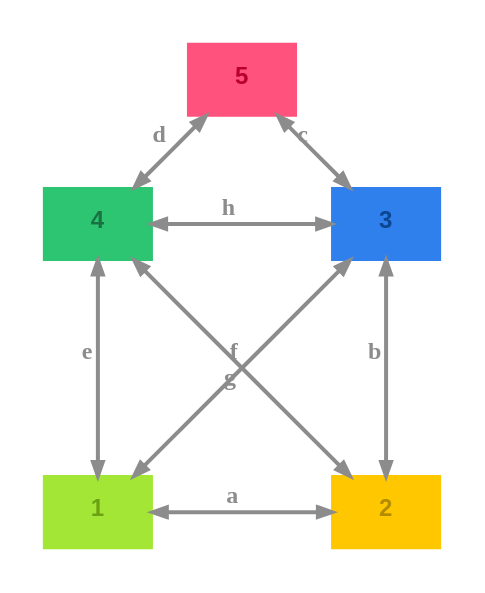
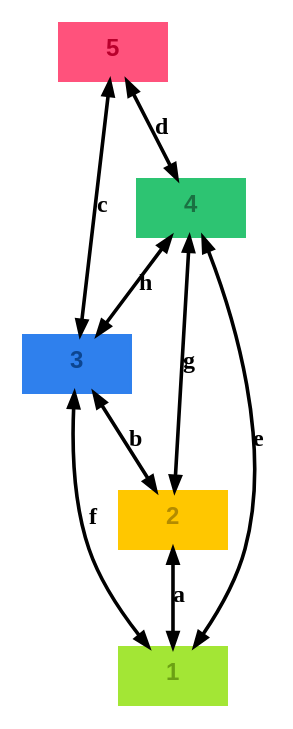
Before and after one commit to m-bock/purescript-transit: the diagram in renders/house-santa-claus_graph-light.dot, drawn with Graphviz. The commit also changed 41 other files, not shown here.

Commit message:
Enhance Graphviz integration and update tutorial examples; modify rendering options for various themes, improve state diagram generation for DoorPin and Bridges of Königsberg, and refine documentation for clarity and consistency across examples.

```diff
--- a/renders/house-santa-claus_graph-light.dot
+++ b/renders/house-santa-claus_graph-light.dot
@@ -1,17 +1,17 @@
 digraph 
 {
-rankdir = "TD";fontname = "Arial";labelloc = "t";fontsize = 12;bgcolor = "#ffffff";color = "#000000";fontcolor = "#000000";pad = 0.2;layout = "neato"
-1 [shape = "box", label = <<b>1</b>>, fontsize = 12, style = "filled", fillcolor = "#a3e635", fontcolor = "#6ca114", color = "#a3e635", fontname = "Arial", labelloc = "c", penwidth = 1.0, pos = "0.0,0.0!"]
-2 [shape = "box", label = <<b>2</b>>, fontsize = 12, style = "filled", fillcolor = "#ffc700", fontcolor = "#b38b00", color = "#ffc700", fontname = "Arial", labelloc = "c", penwidth = 1.0, pos = "2.0,0.0!"]
-2 -> 1 [color = "#8c8c8c", fontcolor = "#8c8c8c", fontsize = 12, label = <<b>a</b>>, arrowsize = "0.7", penwidth = 2.0, dir = "both"]
-3 [shape = "box", label = <<b>3</b>>, fontsize = 12, style = "filled", fillcolor = "#2f80ed", fontcolor = "#0c4590", color = "#2f80ed", fontname = "Arial", labelloc = "c", penwidth = 1.0, pos = "2.0,2.0!"]
-3 -> 2 [color = "#8c8c8c", fontcolor = "#8c8c8c", fontsize = 12, label = <<b>b</b>>, arrowsize = "0.7", penwidth = 2.0, dir = "both"]
-3 -> 1 [color = "#8c8c8c", fontcolor = "#8c8c8c", fontsize = 12, label = <<b>f</b>>, arrowsize = "0.7", penwidth = 2.0, dir = "both"]
-5 [shape = "box", label = <<b>5</b>>, fontsize = 12, style = "filled", fillcolor = "#ff527c", fontcolor = "#b8002c", color = "#ff527c", fontname = "Arial", labelloc = "c", penwidth = 1.0, pos = "1.0,3.0!"]
-5 -> 3 [color = "#8c8c8c", fontcolor = "#8c8c8c", fontsize = 12, label = <<b>c</b>>, arrowsize = "0.7", penwidth = 2.0, dir = "both"]
-5 -> 4 [color = "#8c8c8c", fontcolor = "#8c8c8c", fontsize = 12, label = <<b>d</b>>, arrowsize = "0.7", penwidth = 2.0, dir = "both"]
-4 [shape = "box", label = <<b>4</b>>, fontsize = 12, style = "filled", fillcolor = "#2dc472", fontcolor = "#1a7142", color = "#2dc472", fontname = "Arial", labelloc = "c", penwidth = 1.0, pos = "0.0,2.0!"]
-4 -> 1 [color = "#8c8c8c", fontcolor = "#8c8c8c", fontsize = 12, label = <<b>e</b>>, arrowsize = "0.7", penwidth = 2.0, dir = "both"]
-4 -> 2 [color = "#8c8c8c", fontcolor = "#8c8c8c", fontsize = 12, label = <<b>g</b>>, arrowsize = "0.7", penwidth = 2.0, dir = "both"]
-4 -> 3 [color = "#8c8c8c", fontcolor = "#8c8c8c", fontsize = 12, label = <<b>h</b>>, arrowsize = "0.7", penwidth = 2.0, dir = "both"]
+rankdir = "TD";fontname = "Arial";labelloc = "t";fontsize = 12.0;bgcolor = "#ffffff";color = "#000000";fontcolor = "#000000";layout = "dot";rankdir = "TD"
+1 [shape = "box", label = <<b>1</b>>, fontsize = 12.0, style = "filled", fillcolor = "#a3e635", fontcolor = "#6ca114", color = "#a3e635", fontname = "Arial", labelloc = "c", penwidth = 1.0, height = 0.4]
+2 [shape = "box", label = <<b>2</b>>, fontsize = 12.0, style = "filled", fillcolor = "#ffc700", fontcolor = "#b38b00", color = "#ffc700", fontname = "Arial", labelloc = "c", penwidth = 1.0, height = 0.4]
+2 -> 1 [color = "#000000", fontcolor = "#000000", fontsize = 12.0, label = <<b>a</b>>, arrowsize = "0.7", penwidth = 1.8, dir = "both"]
+3 [shape = "box", label = <<b>3</b>>, fontsize = 12.0, style = "filled", fillcolor = "#2f80ed", fontcolor = "#0c4590", color = "#2f80ed", fontname = "Arial", labelloc = "c", penwidth = 1.0, height = 0.4]
+3 -> 2 [color = "#000000", fontcolor = "#000000", fontsize = 12.0, label = <<b>b</b>>, arrowsize = "0.7", penwidth = 1.8, dir = "both"]
+3 -> 1 [color = "#000000", fontcolor = "#000000", fontsize = 12.0, label = <<b>f</b>>, arrowsize = "0.7", penwidth = 1.8, dir = "both"]
+5 [shape = "box", label = <<b>5</b>>, fontsize = 12.0, style = "filled", fillcolor = "#ff527c", fontcolor = "#b8002c", color = "#ff527c", fontname = "Arial", labelloc = "c", penwidth = 1.0, height = 0.4]
+5 -> 3 [color = "#000000", fontcolor = "#000000", fontsize = 12.0, label = <<b>c</b>>, arrowsize = "0.7", penwidth = 1.8, dir = "both"]
+5 -> 4 [color = "#000000", fontcolor = "#000000", fontsize = 12.0, label = <<b>d</b>>, arrowsize = "0.7", penwidth = 1.8, dir = "both"]
+4 [shape = "box", label = <<b>4</b>>, fontsize = 12.0, style = "filled", fillcolor = "#2dc472", fontcolor = "#1a7142", color = "#2dc472", fontname = "Arial", labelloc = "c", penwidth = 1.0, height = 0.4]
+4 -> 1 [color = "#000000", fontcolor = "#000000", fontsize = 12.0, label = <<b>e</b>>, arrowsize = "0.7", penwidth = 1.8, dir = "both"]
+4 -> 2 [color = "#000000", fontcolor = "#000000", fontsize = 12.0, label = <<b>g</b>>, arrowsize = "0.7", penwidth = 1.8, dir = "both"]
+4 -> 3 [color = "#000000", fontcolor = "#000000", fontsize = 12.0, label = <<b>h</b>>, arrowsize = "0.7", penwidth = 1.8, dir = "both"]
 }
```
